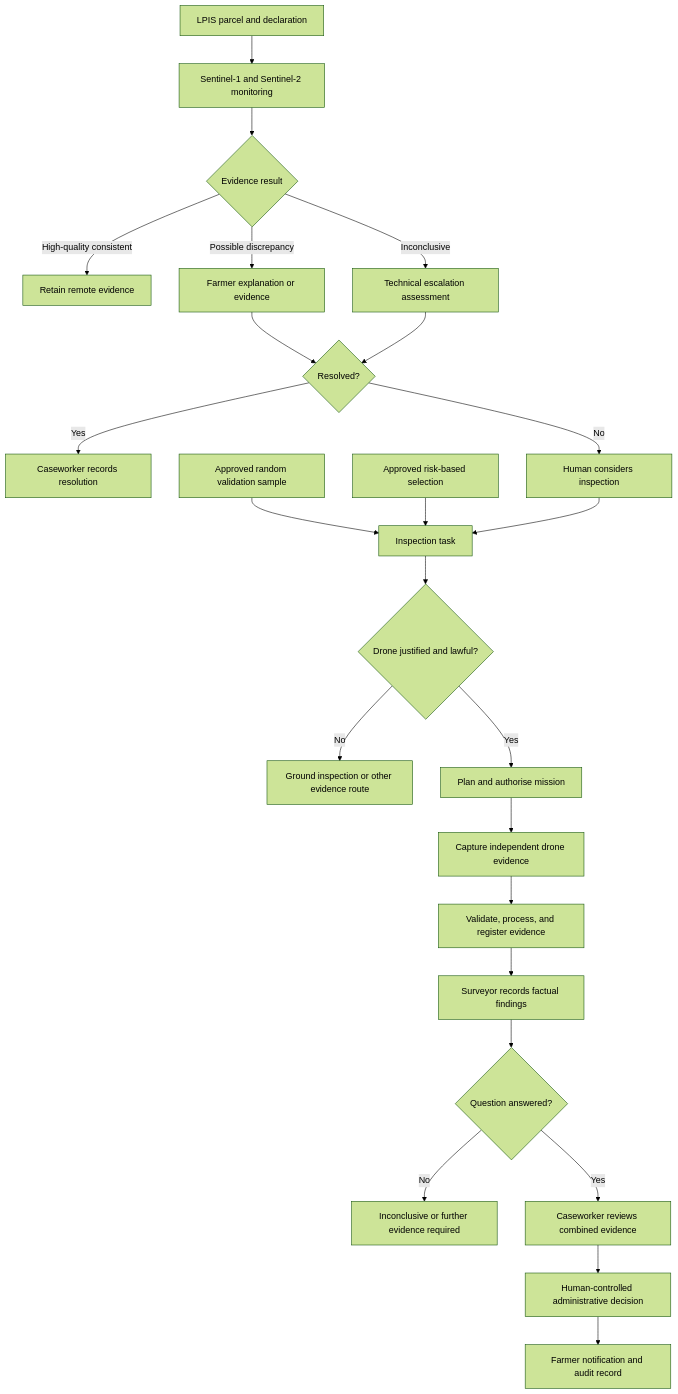
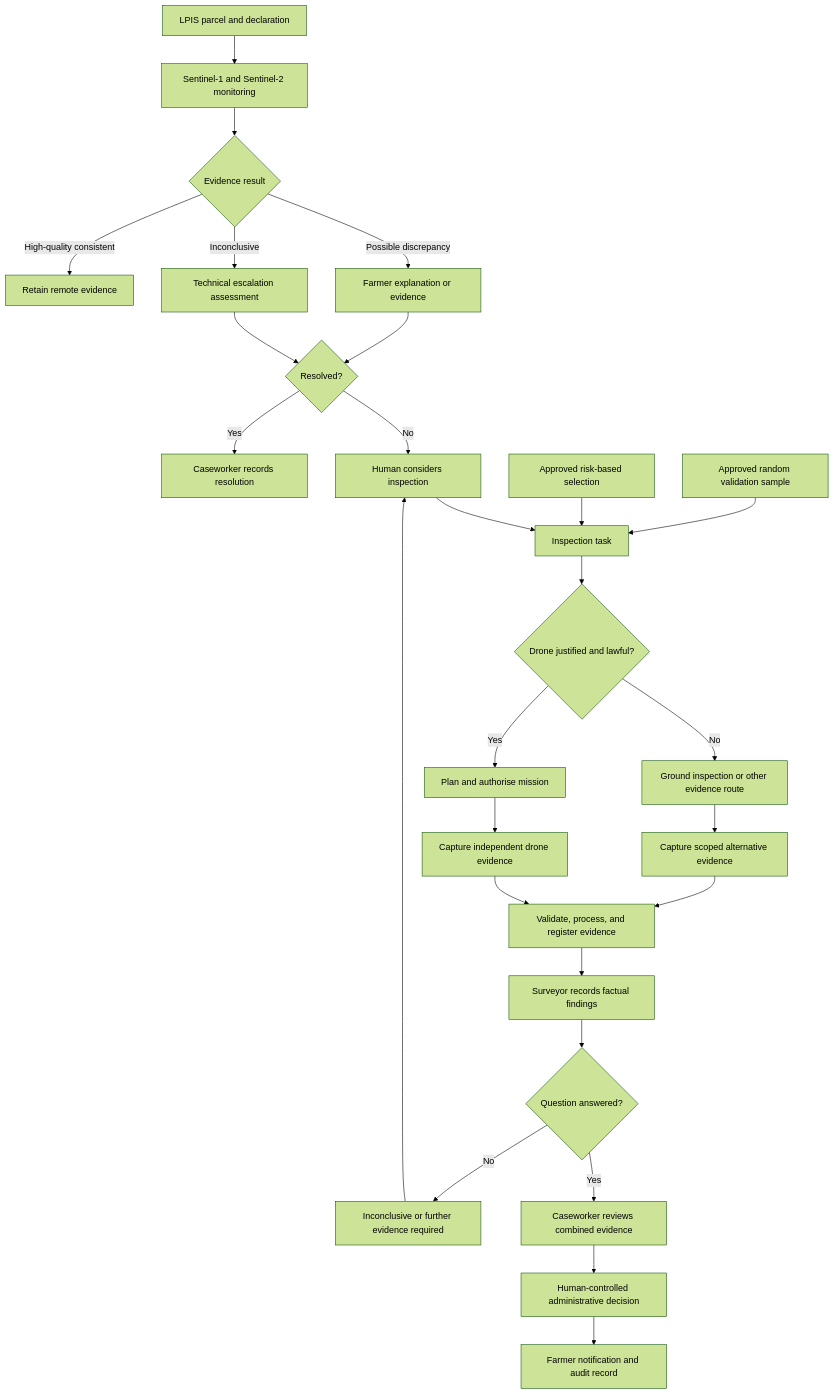
Before and after one commit to verboompj/ama: the first of 2 diagrams in docs/copernicus/crop-classification/drone-survey-validation-process.md, drawn with Mermaid (forest theme). The commit also changed other lines of this file and 27 other files, not shown here.

First line of the commit message:
Align CAP architecture, validation and payment documentation

````diff
--- a/docs/copernicus/crop-classification/drone-survey-validation-process.md
+++ b/docs/copernicus/crop-classification/drone-survey-validation-process.md
@@ -39,28 +39,31 @@
 ```mermaid
 flowchart TD
     A[LPIS parcel and declaration] --> B[Sentinel-1 and Sentinel-2 monitoring]
     B --> C{Evidence result}
     C -->|High-quality consistent| D[Retain remote evidence]
     C -->|Possible discrepancy| E[Farmer explanation or evidence]
     C -->|Inconclusive| F[Technical escalation assessment]
     E --> G{Resolved?}
     F --> G
     G -->|Yes| H[Caseworker records resolution]
     G -->|No| I[Human considers inspection]
 
     J[Approved random validation sample] --> K[Inspection task]
     L[Approved risk-based selection] --> K
     I --> K
 
     K --> M{Drone justified and lawful?}
     M -->|No| N[Ground inspection or other evidence route]
+    N --> X[Capture scoped alternative evidence]
+    X --> Q
     M -->|Yes| O[Plan and authorise mission]
     O --> P[Capture independent drone evidence]
     P --> Q[Validate, process, and register evidence]
     Q --> R[Surveyor records factual findings]
     R --> S{Question answered?}
     S -->|No| T[Inconclusive or further evidence required]
+    T --> I
     S -->|Yes| U[Caseworker reviews combined evidence]
     U --> V[Human-controlled administrative decision]
     V --> W[Farmer notification and audit record]
 ```
````
